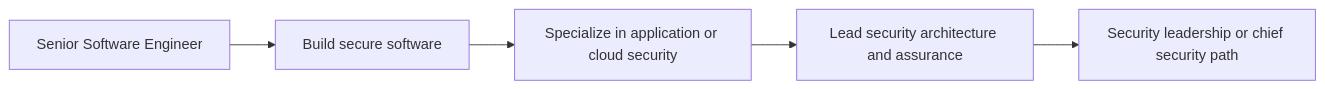
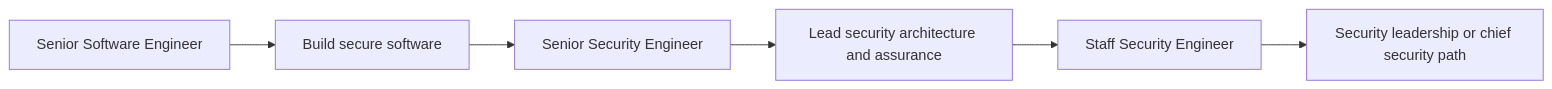
Before and after one commit to oat431/swe-knowledge: the first of 3 diagrams in career-path/08_Security_Engineer/00_overview.md, drawn with Mermaid. The commit also changed other lines of this file and 49 other files, not shown here.

Commit message:
Complete 08_Security_Engineer career path

````diff
--- a/career-path/08_Security_Engineer/00_overview.md
+++ b/career-path/08_Security_Engineer/00_overview.md
@@ -56,7 +71,8 @@
 ```mermaid
 flowchart LR
     SENIOR["Senior Software Engineer"] --> SECURE["Build secure software"]
-    SECURE --> APPSEC["Specialize in application or cloud security"]
-    APPSEC --> ARCH["Lead security architecture and assurance"]
-    ARCH --> CISO["Security leadership or chief security path"]
+    SECURE --> SPECIALIST["Senior Security Engineer"]
+    SPECIALIST --> ARCH["Lead security architecture and assurance"]
+    ARCH --> STAFF["Staff Security Engineer"]
+    STAFF --> LEADERSHIP["Security leadership or chief security path"]
 ```
````
